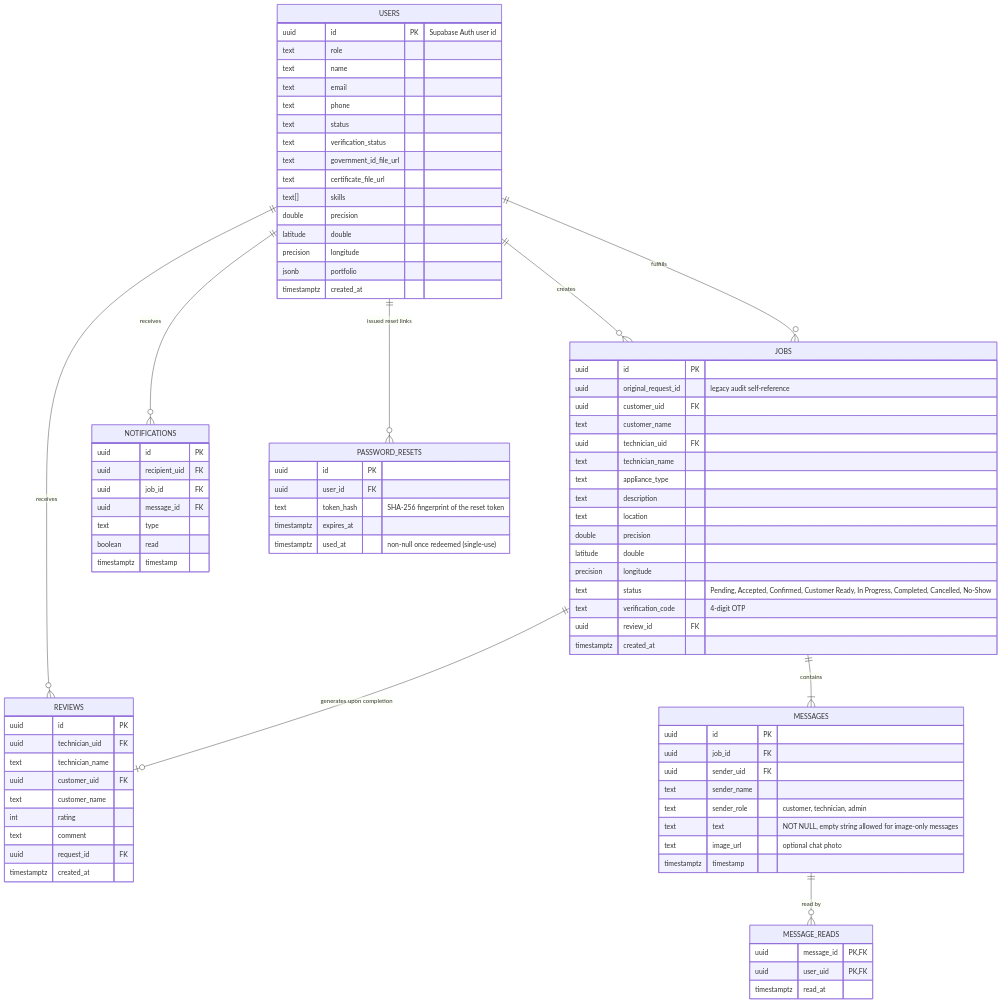
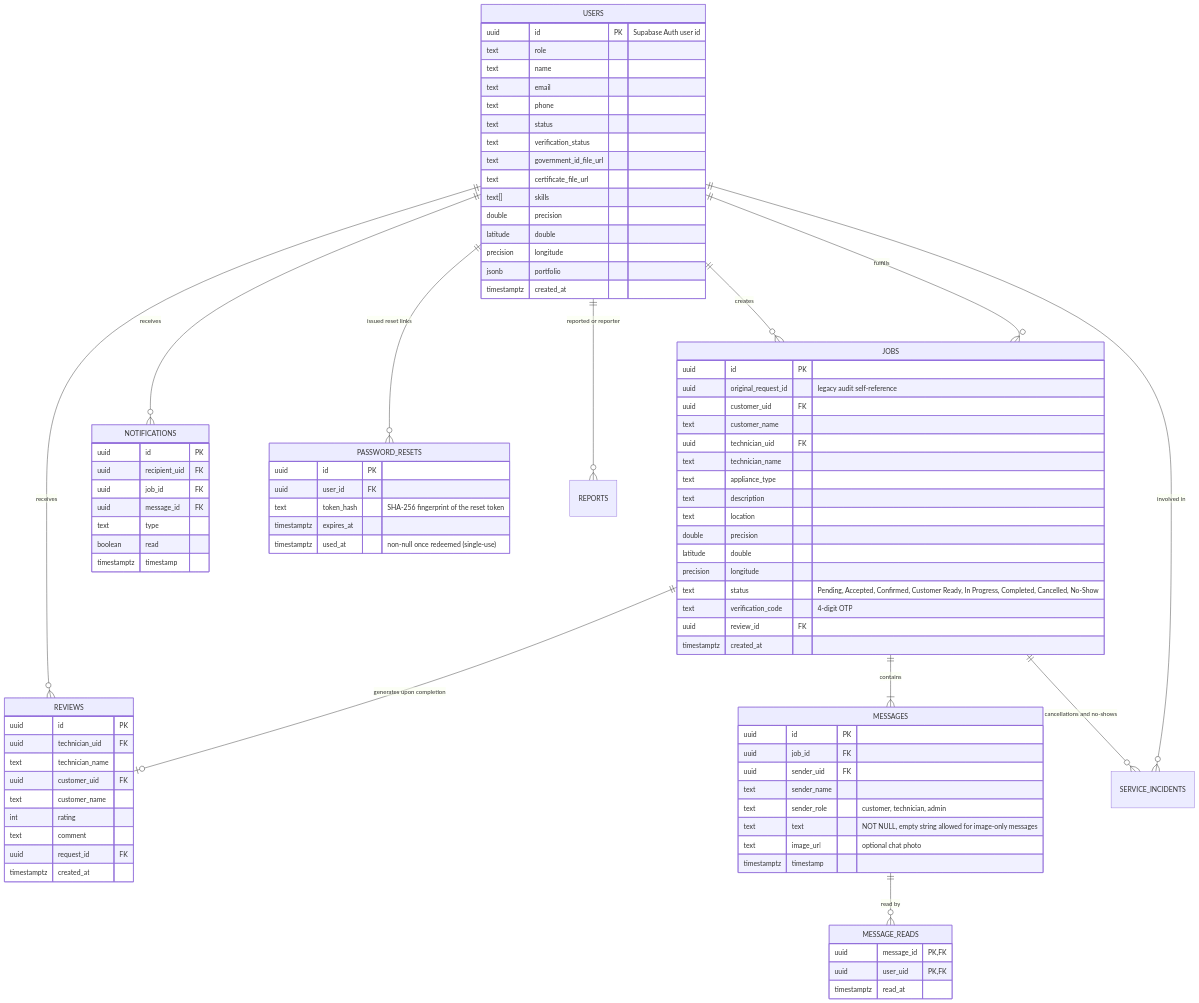
The first of 2 diagrams in Fixlinkmobile/context/SCHEMA.md (xcell321/fixlinksupabase), drawn with Mermaid before and after one commit. The commit also changed other lines of this file and 20 other files, not shown here.

```diff
--- a/Fixlinkmobile/context/SCHEMA.md
+++ b/Fixlinkmobile/context/SCHEMA.md
@@ -20,6 +20,9 @@
     MESSAGES ||--o{ MESSAGE_READS : "read by"
     USERS ||--o{ NOTIFICATIONS : receives
     USERS ||--o{ PASSWORD_RESETS : "issued reset links"
+    JOBS ||--o{ SERVICE_INCIDENTS : "cancellations and no-shows"
+    USERS ||--o{ SERVICE_INCIDENTS : "involved in"
+    USERS ||--o{ REPORTS : "reported or reporter"
 
     USERS {
         uuid id PK "Supabase Auth user id"
```
